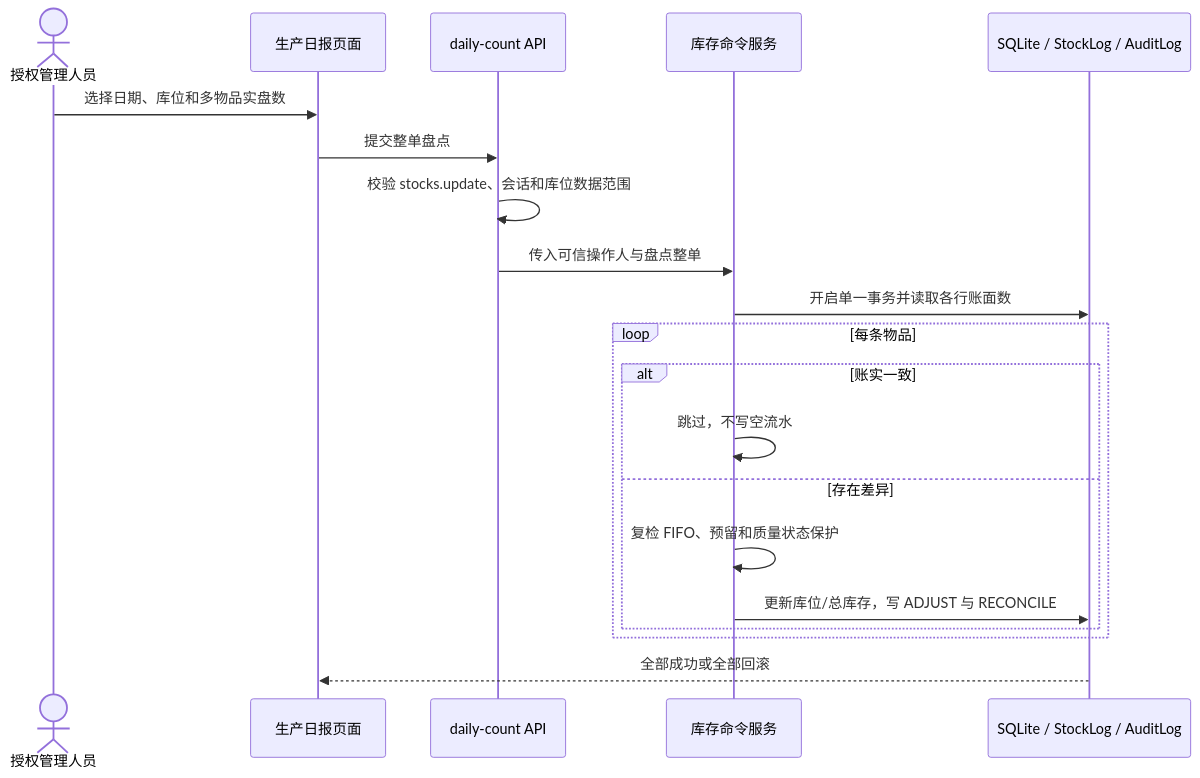
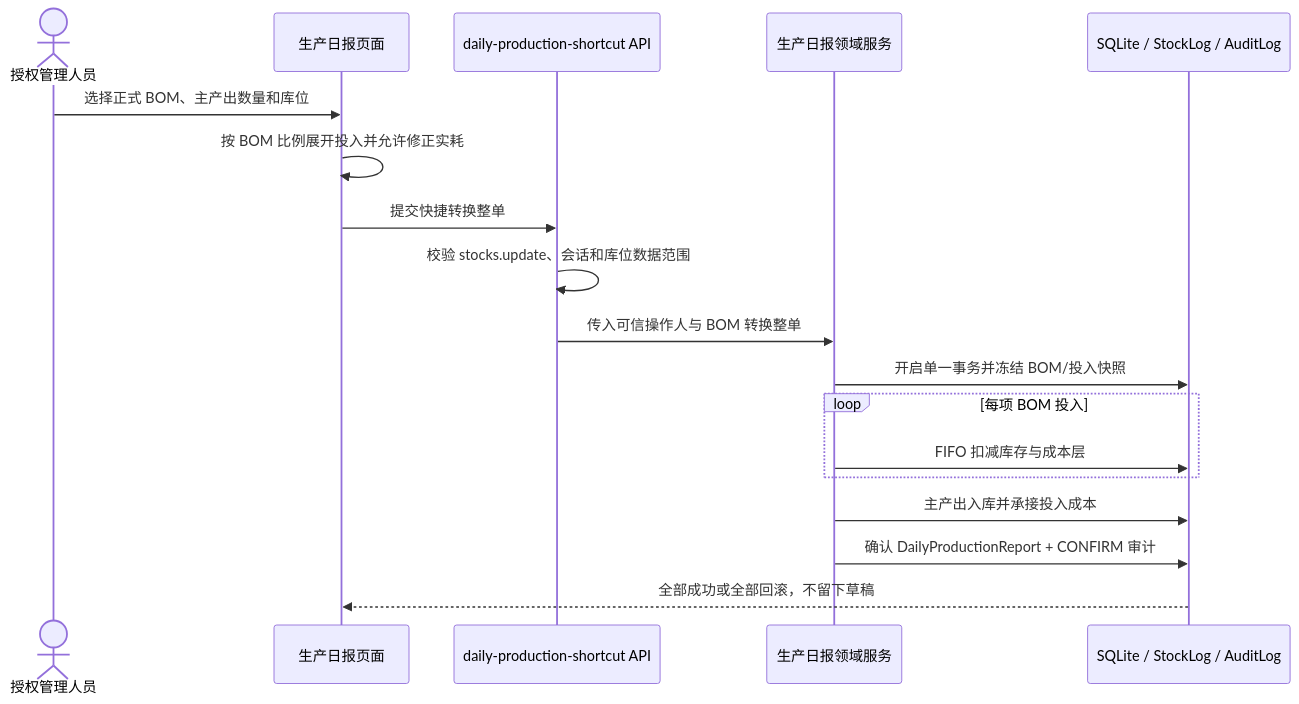
Diagram 28 of 30 in docs/architecture/系统时序图.md (goldf2/mes-lite), drawn with Mermaid before and after one commit. The commit also changed other lines of this file and 35 other files, not shown here.

Commit message:
feat: add BOM-based daily production shortcut

````diff
--- a/docs/architecture/系统时序图.md
+++ b/docs/architecture/系统时序图.md
@@ -874,23 +874,21 @@
 ```mermaid
 sequenceDiagram
   actor M as 授权管理人员
   participant UI as 生产日报页面
-  participant API as daily-count API
-  participant INV as 库存命令服务
+  participant API as daily-production-shortcut API
+  participant PROD as 生产日报领域服务
   participant DB as SQLite / StockLog / AuditLog
 
-  M->>UI: 选择日期、库位和多物品实盘数
-  UI->>API: 提交整单盘点
+  M->>UI: 选择正式 BOM、主产出数量和库位
+  UI->>UI: 按 BOM 比例展开投入并允许修正实耗
+  UI->>API: 提交快捷转换整单
   API->>API: 校验 stocks.update、会话和库位数据范围
-  API->>INV: 传入可信操作人与盘点整单
-  INV->>DB: 开启单一事务并读取各行账面数
-  loop 每条物品
-    alt 账实一致
-      INV->>INV: 跳过，不写空流水
-    else 存在差异
-      INV->>INV: 复检 FIFO、预留和质量状态保护
-      INV->>DB: 更新库位/总库存，写 ADJUST 与 RECONCILE
-    end
+  API->>PROD: 传入可信操作人与 BOM 转换整单
+  PROD->>DB: 开启单一事务并冻结 BOM/投入快照
+  loop 每项 BOM 投入
+    PROD->>DB: FIFO 扣减库存与成本层
   end
-  DB-->>UI: 全部成功或全部回滚
+  PROD->>DB: 主产出入库并承接投入成本
+  PROD->>DB: 确认 DailyProductionReport + CONFIRM 审计
+  DB-->>UI: 全部成功或全部回滚，不留下草稿
 ```
````
